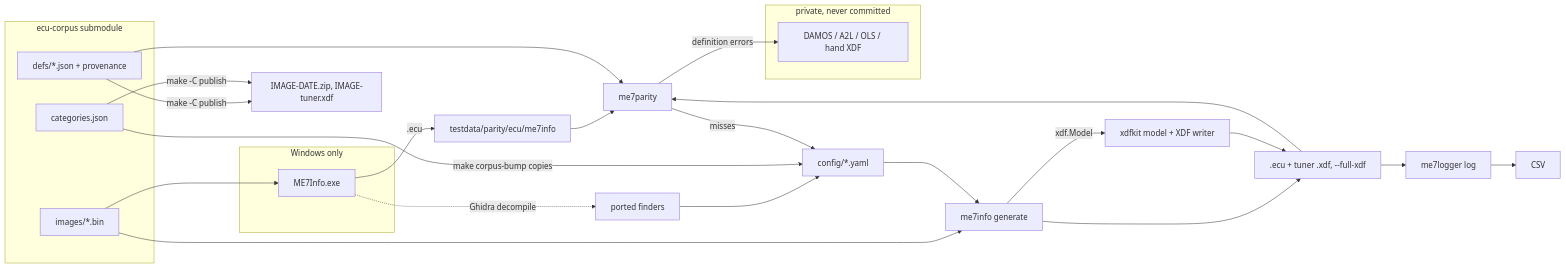
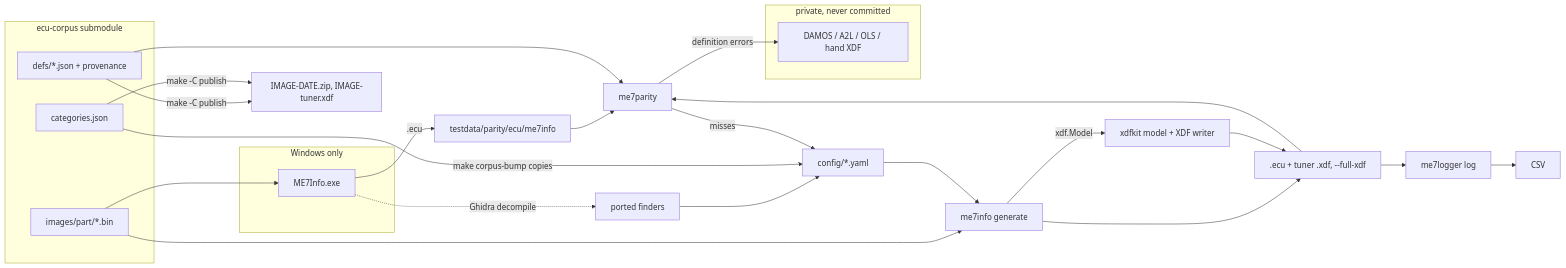
The diagram in DEVELOPER.md (nyetlabs/me7-logger), drawn with Mermaid before and after one commit. The commit also changed 10 other files, not shown here.

````diff
--- a/DEVELOPER.md
+++ b/DEVELOPER.md
@@ -5,31 +5,31 @@
 ```mermaid
 flowchart LR
   subgraph priv[private, never committed]
     src[DAMOS / A2L / OLS / hand XDF]
   end
   subgraph corpus[ecu-corpus submodule]
-    bin[images/*.bin]
+    bin[images/part/*.bin]
     def[defs/*.json + provenance]
     cats[categories.json]
   end
   subgraph win[Windows only]
     exe[ME7Info.exe]
   end
   bin --> exe -->|.ecu| oracle[testdata/parity/ecu/me7info]
   exe -.->|Ghidra decompile| port[ported finders]
   port --> cfg[config/*.yaml]
   bin --> gen[me7info generate]
   cfg --> gen
   cats -->|make corpus-bump copies| cfg
   def -->|"make -C publish"| packs["IMAGE-DATE.zip, IMAGE-tuner.xdf"]
   cats -->|"make -C publish"| packs
   gen -->|xdf.Model| kit[xdfkit model + XDF writer]
   gen --> out[.ecu + tuner .xdf, --full-xdf]
   kit --> out
   out --> log[me7logger log] --> csv[CSV]
   out --> par[me7parity]
   oracle --> par
   def --> par
   par -->|misses| cfg
   par -->|definition errors| src
 ```
````
